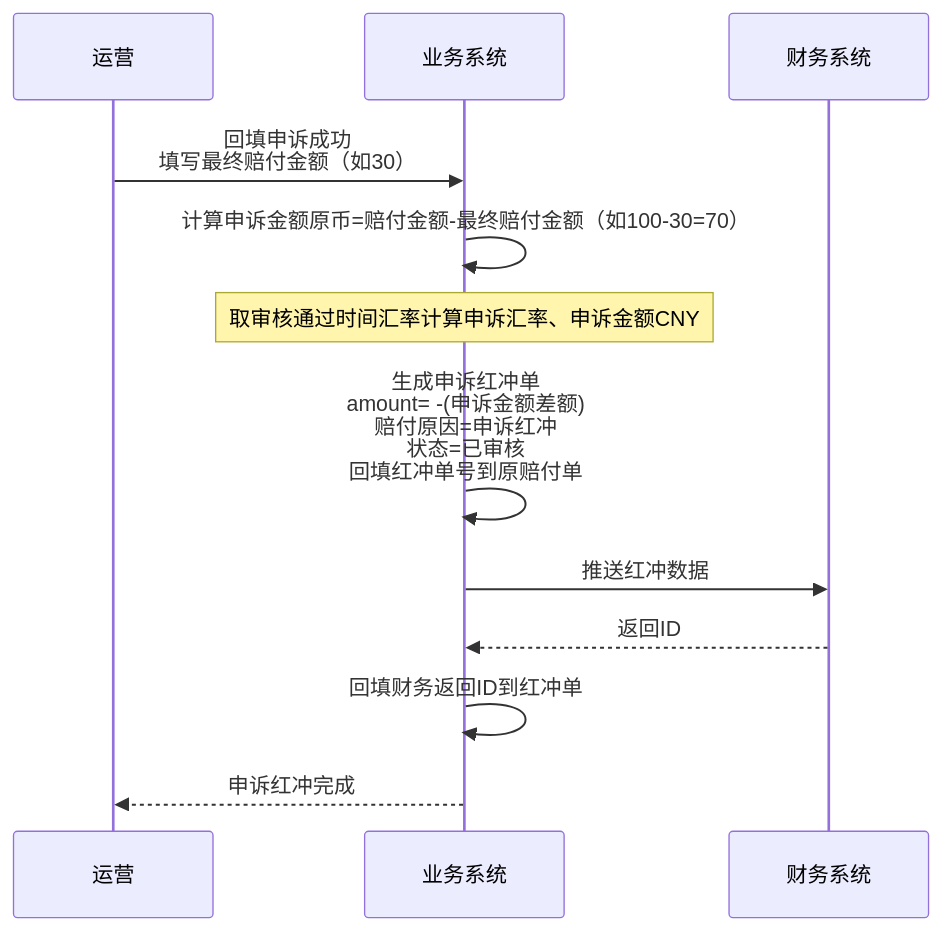
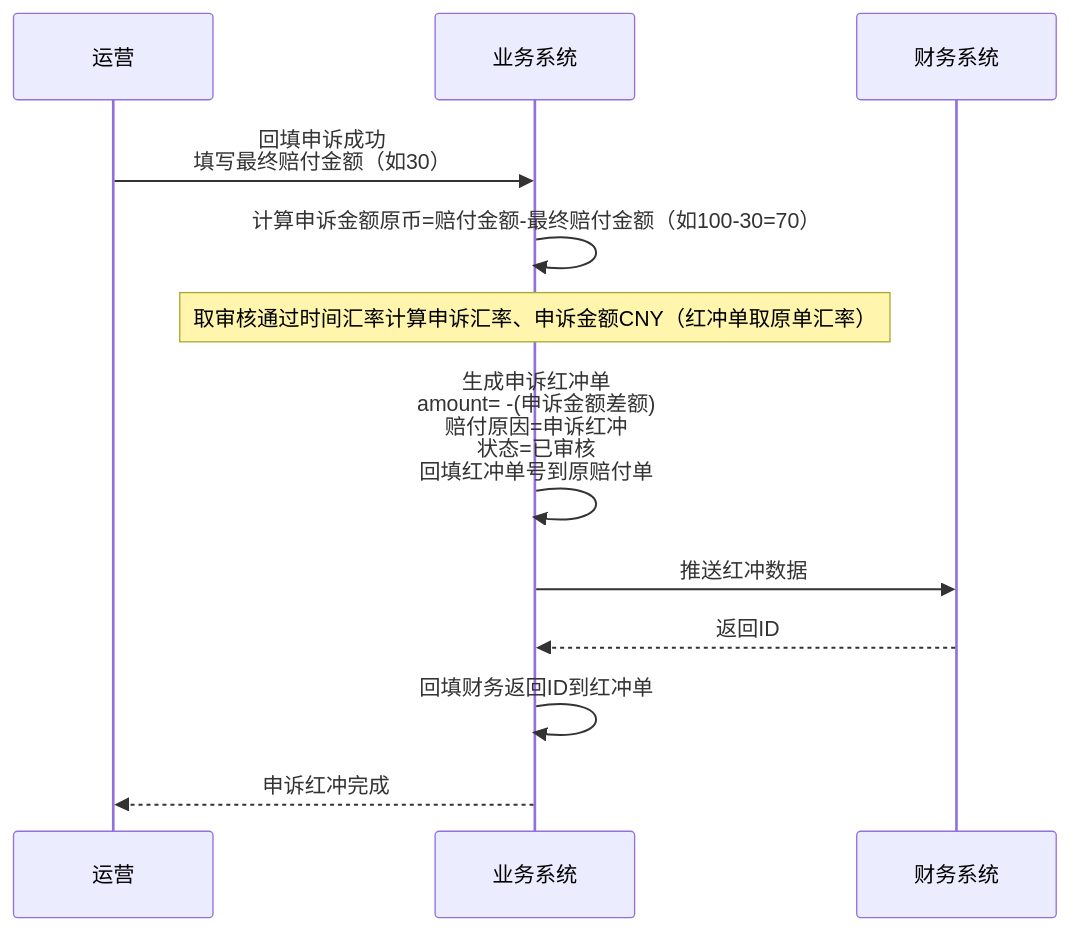
The second of 3 diagrams in PRDdocs/00-业务概况/2.客户赔付流程.md (ljfjzgz/ljfjzgz.github.io), drawn with Mermaid before and after one commit. The commit also changed other lines of this file and 5 other files, not shown here.

````diff
--- a/PRDdocs/00-业务概况/2.客户赔付流程.md
+++ b/PRDdocs/00-业务概况/2.客户赔付流程.md
@@ -120,15 +120,15 @@
 ```mermaid
 sequenceDiagram
     participant U as 运营
     participant B as 业务系统
     participant F as 财务系统
 
     U->>B: 回填申诉成功<br>填写最终赔付金额（如30）
     B->>B: 计算申诉金额原币=赔付金额-最终赔付金额（如100-30=70）
-    Note over B: 取审核通过时间汇率计算申诉汇率、申诉金额CNY
+    Note over B: 取审核通过时间汇率计算申诉汇率、申诉金额CNY（红冲单取原单汇率）
     B->>B: 生成申诉红冲单<br/>amount= -(申诉金额差额)<br/>赔付原因=申诉红冲<br/>状态=已审核<br/>回填红冲单号到原赔付单
     B->>F: 推送红冲数据
     F-->>B: 返回ID
     B->>B: 回填财务返回ID到红冲单
     B-->>U: 申诉红冲完成
 ```
````
